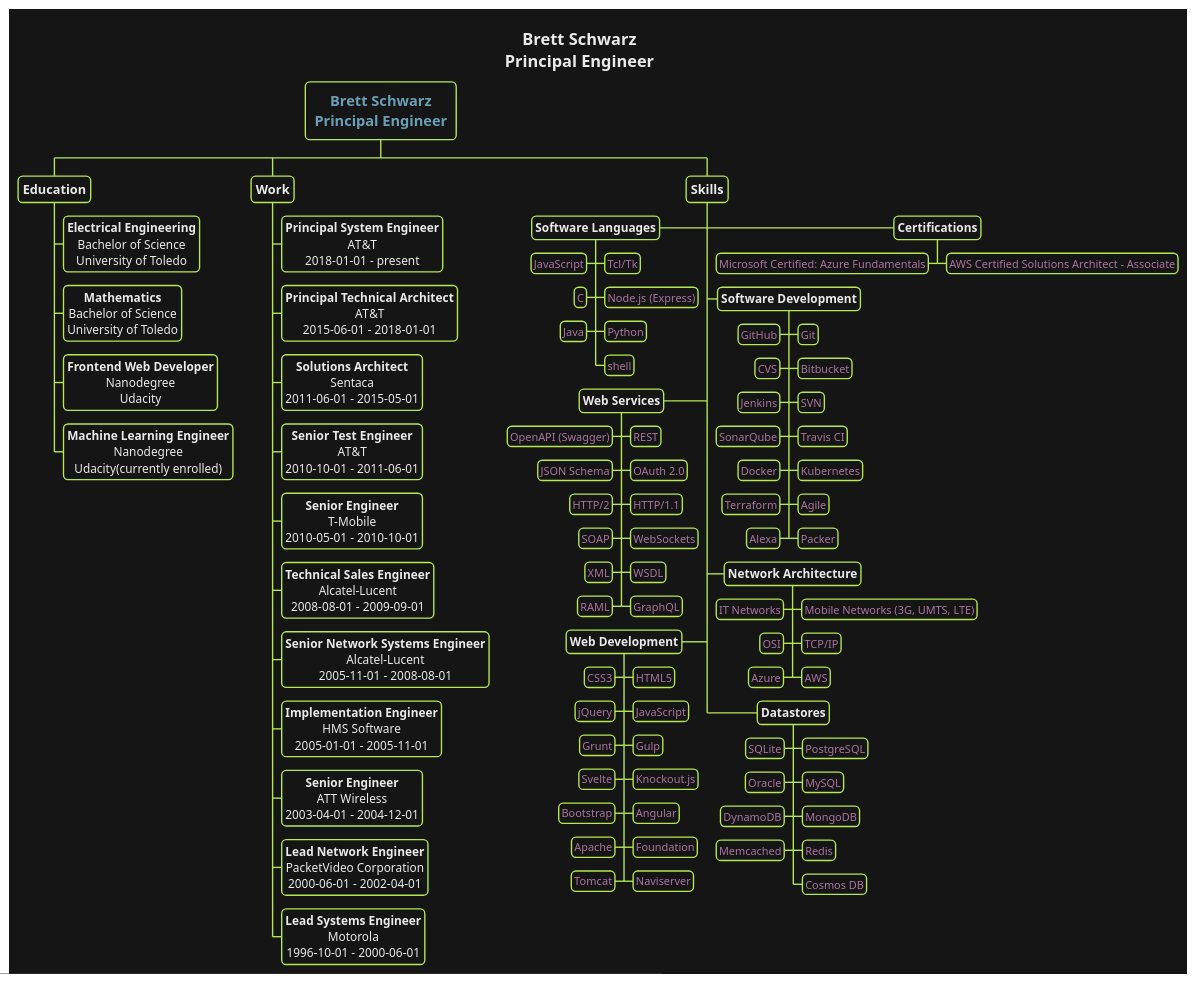
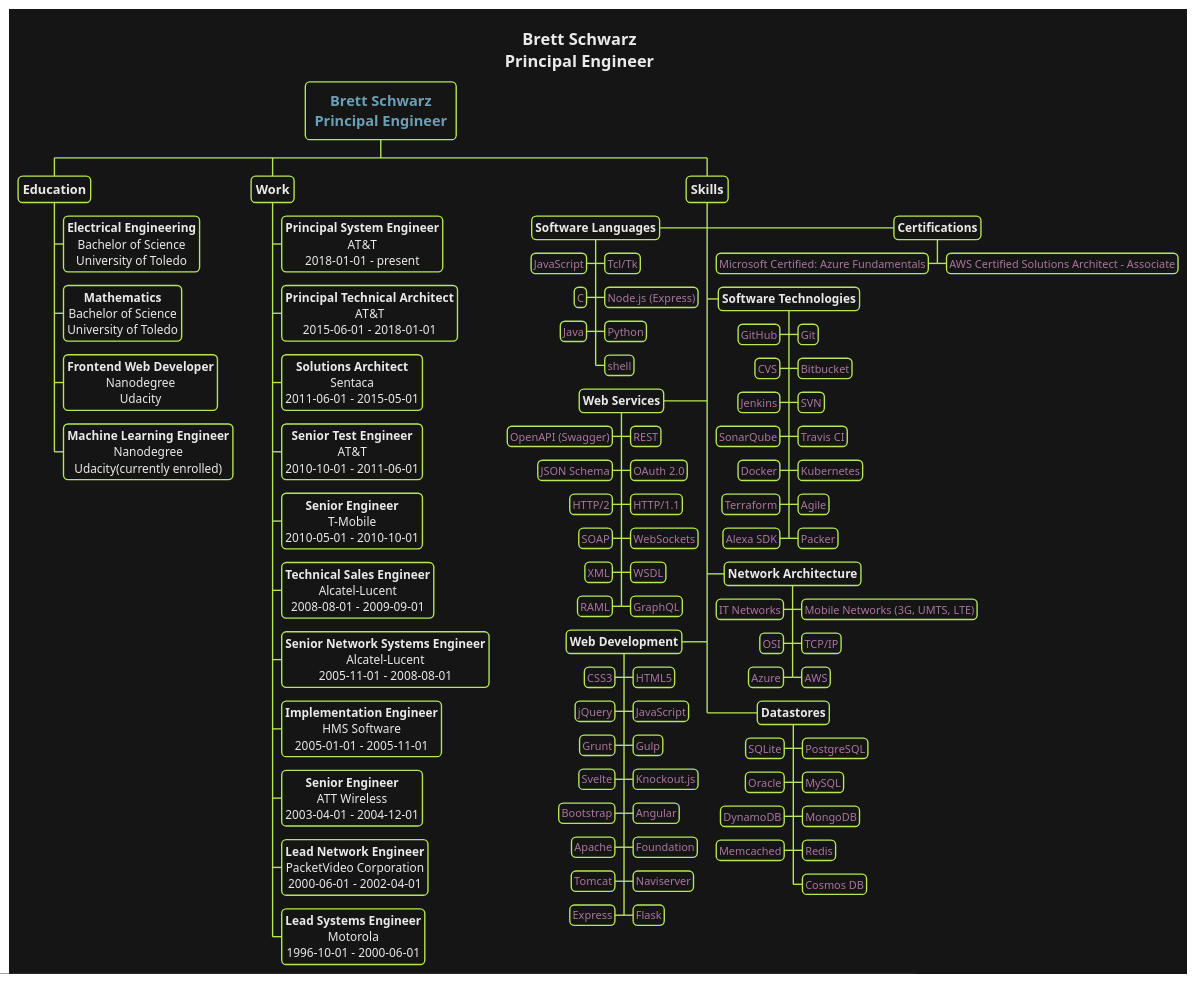
The diagram in assets/files/resume-dark.puml (bschwarz/bschwarz.github.io), drawn with PlantUML before and after one commit. The commit also changed 5 other files, not shown here.

```diff
--- a/assets/files/resume-dark.puml
+++ b/assets/files/resume-dark.puml
@@ -1,138 +1,140 @@
 @startwbs
 
 skinparam backgroundColor transparent
 
 
 skinparam  {
     defaultFontName   "Verdana"
     defaultFontSize   12
     defaultTextAlignment center
     shadowing false
     RoundCorner 10
     TitleFontSize 18
     TitleFontColor #eaeaea
 }
 <style>
 wbsDiagram {
     LineColor #b5e853
     BorderThickness 3
     BackgroundColor #151515
     FontColor #eaeaea
     :depth(0) {
         fontSize 16
         fontStyle bold
         fontColor #6a9fb5
     }
     :depth(1) {
         fontSize 14
         padding 5
         fontStyle bold
     }
     :depth(2) {
         fontSize 13
         padding 4
     }
     :depth(3) {
         fontSize 12
         padding 3
         fontColor #aa759f
     }
 
 }
 </style>
 
 
 
 title Brett Schwarz\nPrincipal Engineer
 
 * Brett Schwarz\nPrincipal Engineer
 ** Education
 *** <b>Electrical Engineering\nBachelor of Science\nUniversity of Toledo
 *** <b>Mathematics\nBachelor of Science\nUniversity of Toledo
 *** <b>Frontend Web Developer\nNanodegree\nUdacity
 *** <b>Machine Learning Engineer\nNanodegree\nUdacity(currently enrolled)
 ** Work
 *** <b>Principal System Engineer\nAT&T\n2018-01-01 - present
 *** <b>Principal Technical Architect\nAT&T\n2015-06-01 - 2018-01-01
 *** <b>Solutions Architect\nSentaca\n2011-06-01 - 2015-05-01
 *** <b>Senior Test Engineer\nAT&T\n2010-10-01 - 2011-06-01
 *** <b>Senior Engineer\nT-Mobile\n2010-05-01 - 2010-10-01
 *** <b>Technical Sales Engineer\nAlcatel-Lucent\n2008-08-01 - 2009-09-01
 *** <b>Senior Network Systems Engineer\nAlcatel-Lucent\n2005-11-01 - 2008-08-01
 *** <b>Implementation Engineer\nHMS Software\n2005-01-01 - 2005-11-01
 *** <b>Senior Engineer\nATT Wireless\n2003-04-01 - 2004-12-01
 *** <b>Lead Network Engineer\nPacketVideo Corporation\n2000-06-01 - 2002-04-01
 *** <b>Lead Systems Engineer\nMotorola\n1996-10-01 - 2000-06-01
 ** Skills
 ***> <b>Certifications
 ****> AWS Certified Solutions Architect - Associate
 ****< Microsoft Certified: Azure Fundamentals
 ***< <b>Software Languages
 ****> Tcl/Tk
 ****< JavaScript
 ****> Node.js (Express)
 ****< C
 ****> Python
 ****< Java
 ****> shell
-***> <b>Software Development
+***> <b>Software Technologies
 ****> Git
 ****< GitHub
 ****> Bitbucket
 ****< CVS
 ****> SVN
 ****< Jenkins
 ****> Travis CI
 ****< SonarQube
 ****> Kubernetes
 ****< Docker
 ****> Agile
 ****< Terraform
 ****> Packer
-****< Alexa
+****< Alexa SDK
 ***< <b>Web Services
 ****> REST
 ****< OpenAPI (Swagger)
 ****> OAuth 2.0
 ****< JSON Schema
 ****> HTTP/1.1
 ****< HTTP/2
 ****> WebSockets
 ****< SOAP
 ****> WSDL
 ****< XML
 ****> GraphQL
 ****< RAML
 ***> <b>Network Architecture
 ****> Mobile Networks (3G, UMTS, LTE)
 ****< IT Networks
 ****> TCP/IP
 ****< OSI
 ****> AWS
 ****< Azure
 ***< <b>Web Development
 ****> HTML5
 ****< CSS3
 ****> JavaScript
 ****< jQuery
 ****> Gulp
 ****< Grunt
 ****> Knockout.js
 ****< Svelte
 ****> Angular
 ****< Bootstrap
 ****> Foundation
 ****< Apache
 ****> Naviserver
 ****< Tomcat
+****> Flask
+****< Express
 ***> <b>Datastores
 ****> PostgreSQL
 ****< SQLite
 ****> MySQL
 ****< Oracle
 ****> MongoDB
 ****< DynamoDB
 ****> Redis
 ****< Memcached
 ****> Cosmos DB
 @endwbs
```
